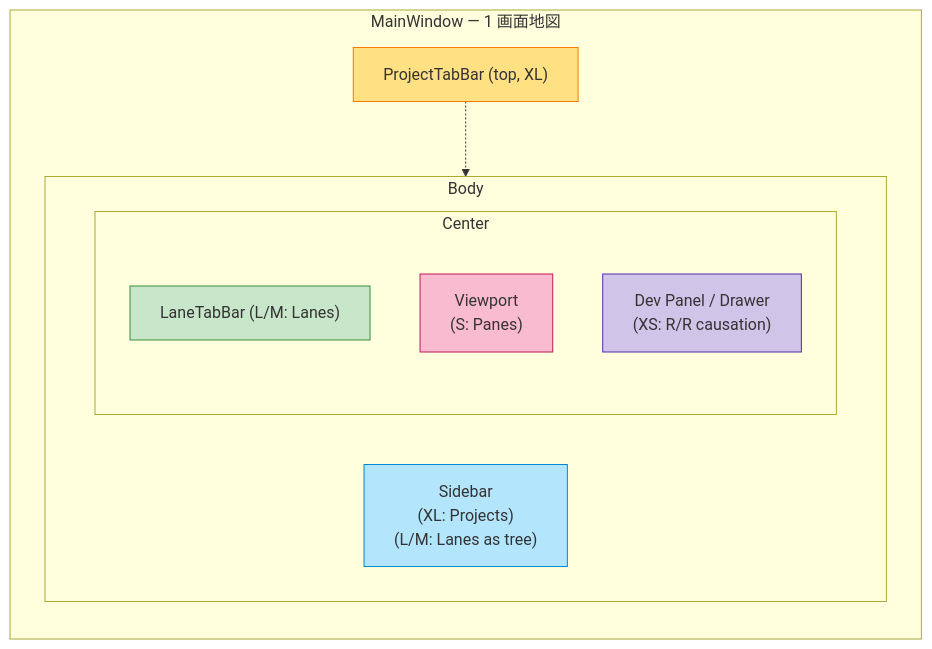
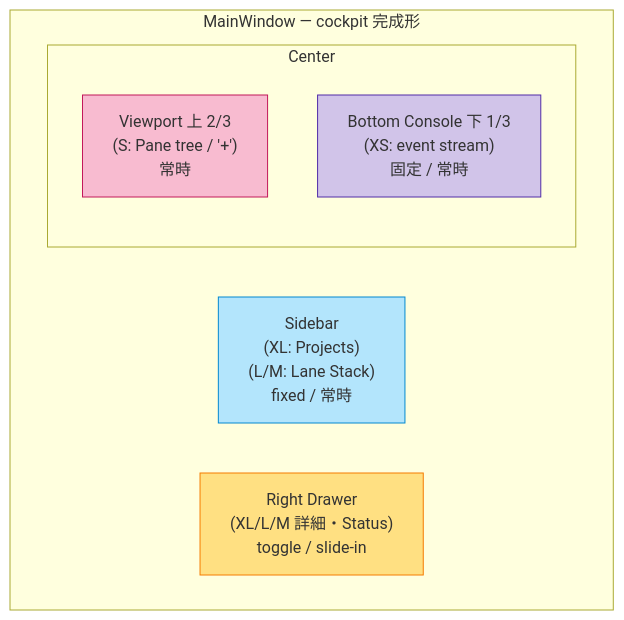
Before and after one commit to chronista-club/vantage-point: the first of 7 diagrams in docs/design/07-lane-as-process.md, drawn with Mermaid. The commit also changed other lines of this file, not shown here.

First line of the commit message:
docs(VP-77): spec v0.3 §2.6 Screen Geography を cockpit 完成形に拡充 (VP-83 合流)

````diff
--- a/docs/design/07-lane-as-process.md
+++ b/docs/design/07-lane-as-process.md
@@ -103,24 +107,18 @@
 ```mermaid
-graph TB
-    subgraph MainWindow["MainWindow — 1 画面地図"]
-        direction TB
-        PTB["ProjectTabBar (top, XL)"]
-        subgraph Body
-            direction LR
-            SB["Sidebar<br/>(XL: Projects)<br/>(L/M: Lanes as tree)"]
-            subgraph Center
-                direction TB
-                LTB["LaneTabBar (L/M: Lanes)"]
-                VP["Viewport<br/>(S: Panes)"]
-                DP["Dev Panel / Drawer<br/>(XS: R/R causation)"]
-            end
+graph LR
+    subgraph MainWindow["MainWindow — cockpit 完成形"]
+        direction LR
+        SB["Sidebar<br/>(XL: Projects)<br/>(L/M: Lane Stack)<br/>fixed / 常時"]
+        subgraph Center
+            direction TB
+            VP["Viewport 上 2/3<br/>(S: Pane tree / '+')<br/>常時"]
+            BC["Bottom Console 下 1/3<br/>(XS: event stream)<br/>固定 / 常時"]
         end
+        RD["Right Drawer<br/>(XL/L/M 詳細・Status)<br/>toggle / slide-in"]
     end
 
-    PTB -.-> Body
-    style PTB fill:#ffe082,stroke:#f57c00
     style SB fill:#b3e5fc,stroke:#0288d1
-    style LTB fill:#c8e6c9,stroke:#388e3c
     style VP fill:#f8bbd0,stroke:#c2185b
-    style DP fill:#d1c4e9,stroke:#512da8
+    style BC fill:#d1c4e9,stroke:#512da8
+    style RD fill:#ffe082,stroke:#f57c00
 ```
````
